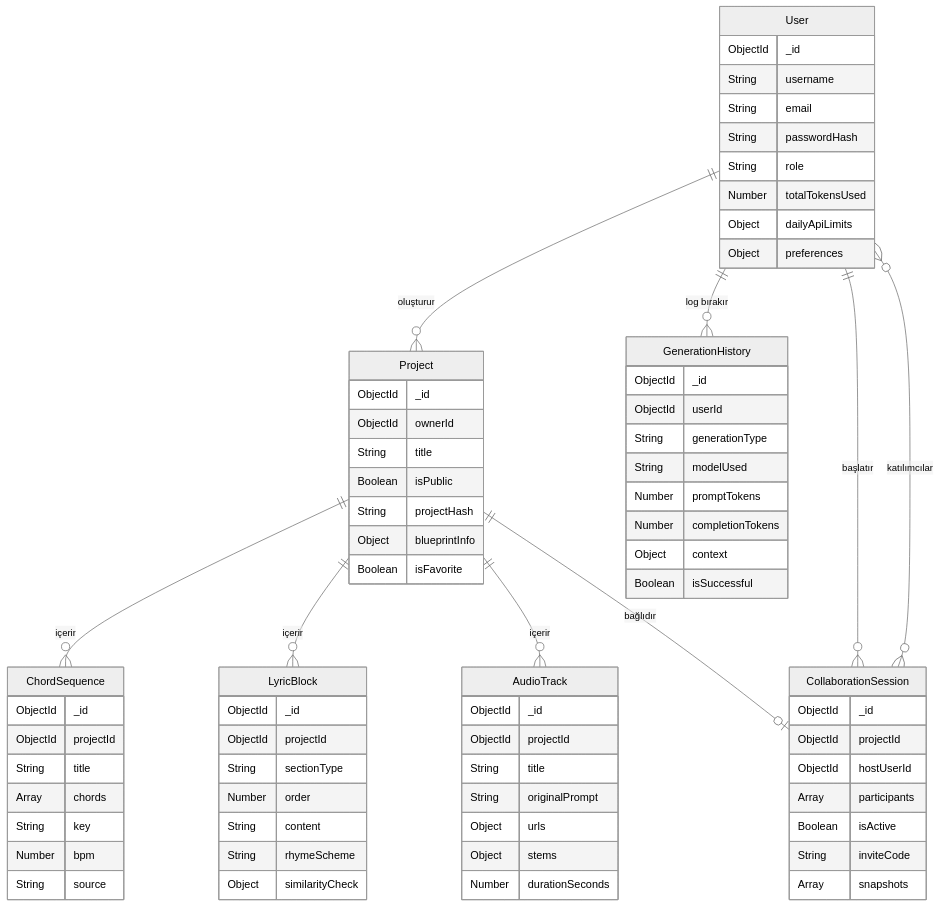
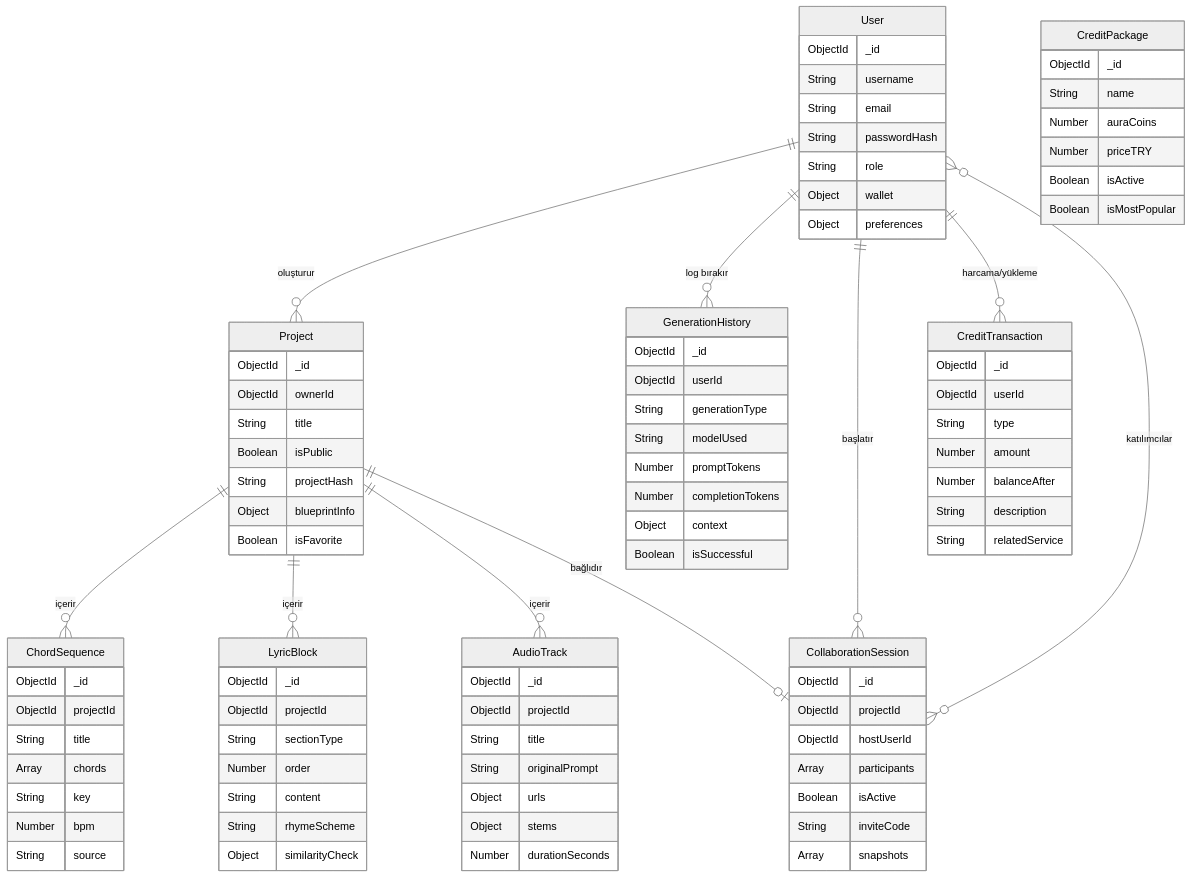
One commit to bludy0/aurabeat changed the diagram in VERITABANI_SEMASI.md. Above: the diagram before and after it, drawn with Mermaid (neutral theme). The commit also changed other lines of this file and 3 other files, not shown here.

```diff
--- a/VERITABANI_SEMASI.md
+++ b/VERITABANI_SEMASI.md
@@ -342,6 +398,7 @@
     User ||--o{ Project : "oluşturur"
     User ||--o{ GenerationHistory : "log bırakır"
     User ||--o{ CollaborationSession : "başlatır"
+    User ||--o{ CreditTransaction : "harcama/yükleme"
     
     Project ||--o{ ChordSequence : "içerir"
     Project ||--o{ LyricBlock : "içerir"
@@ -356,9 +413,27 @@
         String email
         String passwordHash
         String role
-        Number totalTokensUsed
-        Object dailyApiLimits
+        Object wallet
         Object preferences
+    }
+    
+    CreditTransaction {
+        ObjectId _id
+        ObjectId userId
+        String type
+        Number amount
+        Number balanceAfter
+        String description
+        String relatedService
+    }
+    
+    CreditPackage {
+        ObjectId _id
+        String name
+        Number auraCoins
+        Number priceTRY
+        Boolean isActive
+        Boolean isMostPopular
     }
     
     Project {
```
